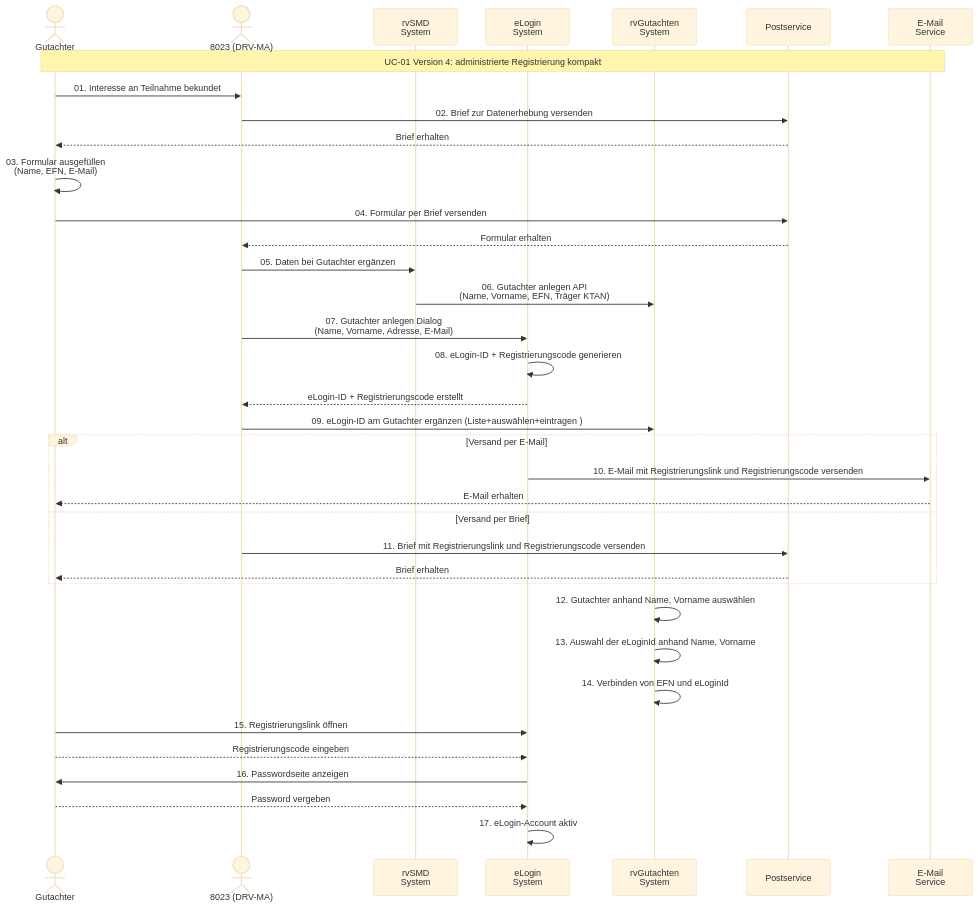
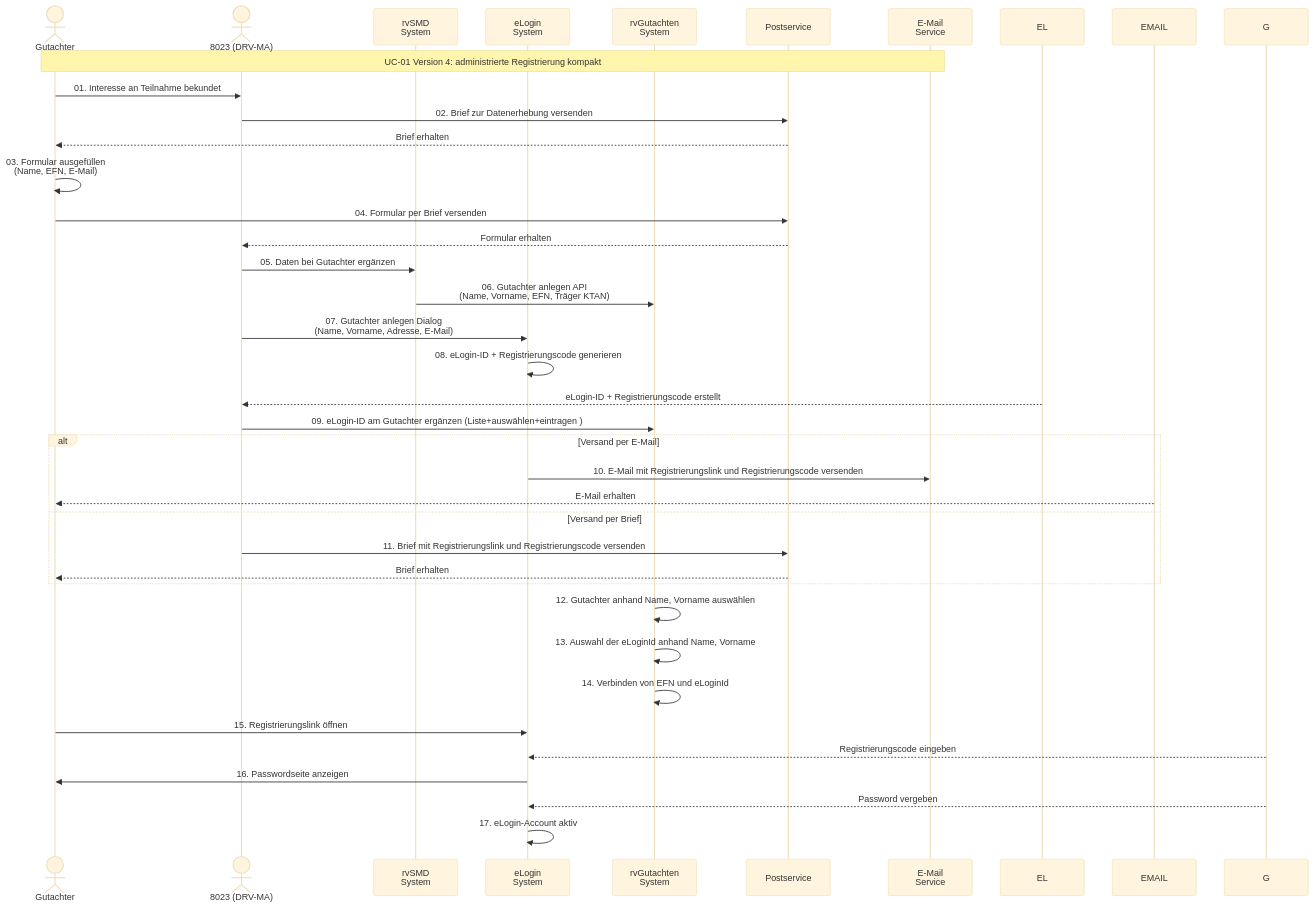
The diagram in docs/UseCases/mermaid/UC-01_Gutachter-Registrierung.mmd (megadur/QARvGut), drawn with Mermaid (base theme) before and after one commit. The commit also changed 11 other files, not shown here.

First line of the commit message:
docs: Standardize participant abbreviations and add leading zeros to all UC diagrams

```diff
--- a/docs/UseCases/mermaid/UC-01_Gutachter-Registrierung.mmd
+++ b/docs/UseCases/mermaid/UC-01_Gutachter-Registrierung.mmd
@@ -1,51 +1,51 @@
 sequenceDiagram
-    actor G as Gutachter
-    actor ADM as 8023 (DRV-MA)
-    participant RVS as rvSMD<br/>System
-    participant EL as eLogin<br/>System
+    actor GUT as Gutachter
+    actor DRV as 8023 (DRV-MA)
+    participant SMD as rvSMD<br/>System
+    participant ELG as eLogin<br/>System
     participant RVG as rvGutachten<br/>System
     participant POST as Postservice
-    participant EMAIL as E-Mail<br/>Service
+    participant EML as E-Mail<br/>Service
     
-    Note over G,EMAIL: UC-01 Version 4: administrierte Registrierung kompakt
+    Note over GUT,EML: UC-01 Version 4: administrierte Registrierung kompakt
     
     %% Phase 1: Initiale Interessensbekundung
-    G->>ADM: 01. Interesse an Teilnahme bekundet
-    ADM->>POST: 02. Brief zur Datenerhebung versenden
-    POST-->>G: Brief erhalten
+    GUT->>DRV: 01. Interesse an Teilnahme bekundet
+    DRV->>POST: 02. Brief zur Datenerhebung versenden
+    POST-->>GUT: Brief erhalten
     
     %% Phase 2: Datensammlung
-    G->>G: 03. Formular ausgefüllen<br/>(Name, EFN, E-Mail)
-    G->>POST: 04. Formular per Brief versenden
-    POST-->>ADM: Formular erhalten
+    GUT->>GUT: 03. Formular ausgefüllen<br/>(Name, EFN, E-Mail)
+    GUT->>POST: 04. Formular per Brief versenden
+    POST-->>DRV: Formular erhalten
     
     %% Phase 3: System-Setup durch Admin
-    ADM->>RVS: 05. Daten bei Gutachter ergänzen
-    RVS->>RVG: 06. Gutachter anlegen API<br/>(Name, Vorname, EFN, Träger KTAN)
+    DRV->>SMD: 05. Daten bei Gutachter ergänzen
+    SMD->>RVG: 06. Gutachter anlegen API<br/>(Name, Vorname, EFN, Träger KTAN)
     
     %% Phase 4: eLogin Account Creation
-    ADM->>EL: 07. Gutachter anlegen Dialog<br/>(Name, Vorname, Adresse, E-Mail)
-    EL->>EL: 08. eLogin-ID + Registrierungscode generieren
-    EL-->>ADM: eLogin-ID + Registrierungscode erstellt
-    ADM->>RVG: 09. eLogin-ID am Gutachter ergänzen (Liste+auswählen+eintragen )
+    DRV->>ELG: 07. Gutachter anlegen Dialog<br/>(Name, Vorname, Adresse, E-Mail)
+    ELG->>ELG: 08. eLogin-ID + Registrierungscode generieren
+    EL-->>DRV: eLogin-ID + Registrierungscode erstellt
+    DRV->>RVG: 09. eLogin-ID am Gutachter ergänzen (Liste+auswählen+eintragen )
     
     %% Phase 5: Data Verification & Linking
     alt Versand per E-Mail
-    EL->>EMAIL: 10. E-Mail mit Registrierungslink und Registrierungscode versenden
-    EMAIL-->>G: E-Mail erhalten
+    ELG->>EML: 10. E-Mail mit Registrierungslink und Registrierungscode versenden
+    EMAIL-->>GUT: E-Mail erhalten
     else Versand per Brief
     %% Phase 6: Postal Activation
-    ADM->>POST: 11. Brief mit Registrierungslink und Registrierungscode versenden
-    POST-->>G: Brief erhalten
+    DRV->>POST: 11. Brief mit Registrierungslink und Registrierungscode versenden
+    POST-->>GUT: Brief erhalten
     end 
     
     RVG->>RVG: 12. Gutachter anhand Name, Vorname auswählen
     RVG->>RVG: 13. Auswahl der eLoginId anhand Name, Vorname 
     RVG->>RVG: 14. Verbinden von EFN und eLoginId
 
     %% Phase 7: Initial eLogin Activation
-    G->>EL: 15. Registrierungslink öffnen
-    G-->>EL: Registrierungscode eingeben
-    EL->>G: 16. Passwordseite anzeigen
-    G-->>EL: Password vergeben 
-    EL->>EL: 17. eLogin-Account aktiv
+    GUT->>ELG: 15. Registrierungslink öffnen
+    G-->>ELG: Registrierungscode eingeben
+    ELG->>GUT: 16. Passwordseite anzeigen
+    G-->>ELG: Password vergeben 
+    ELG->>ELG: 17. eLogin-Account aktiv
```
